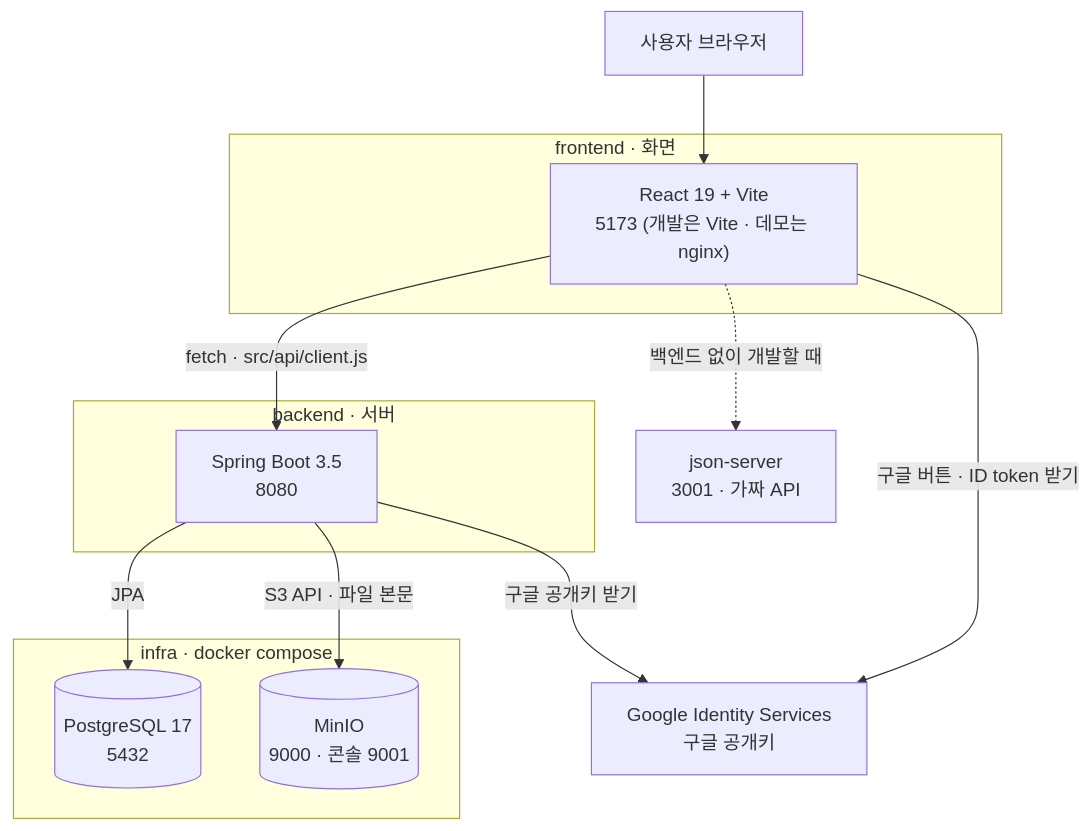
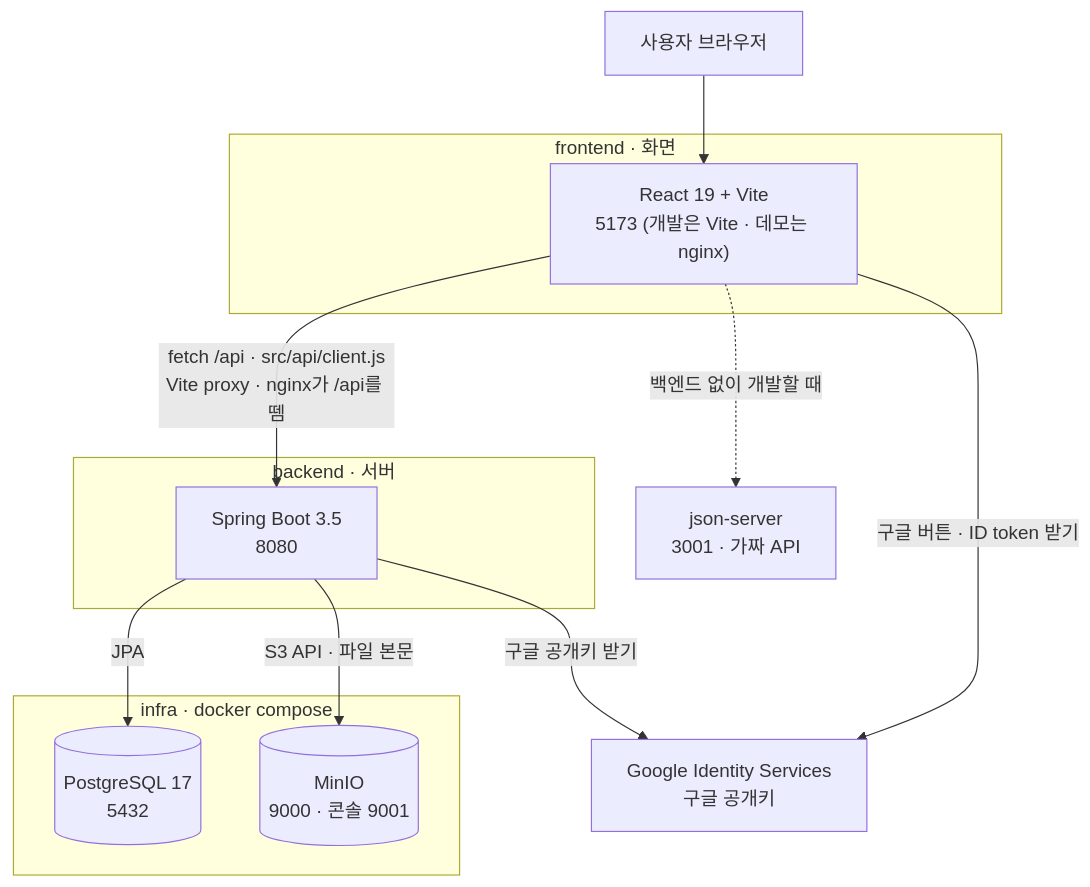
The first of 5 diagrams in docs/architecture.md (Pyrite9/footprint-demo), drawn with Mermaid before and after one commit. The commit also changed other lines of this file and 13 other files, not shown here.

Commit message:
feat: call backend through same-origin /api proxy

````diff
--- a/docs/architecture.md
+++ b/docs/architecture.md
@@ -13,28 +13,28 @@
 ```mermaid
 flowchart TB
     user["사용자 브라우저"]
 
     subgraph front["frontend · 화면"]
         react["React 19 + Vite<br/>5173 (개발은 Vite · 데모는 nginx)"]
     end
 
     subgraph back["backend · 서버"]
         boot["Spring Boot 3.5<br/>8080"]
     end
 
     subgraph infra["infra · docker compose"]
         db[("PostgreSQL 17<br/>5432")]
         minio[("MinIO<br/>9000 · 콘솔 9001")]
     end
 
     google["Google Identity Services<br/>구글 공개키"]
     mock["json-server<br/>3001 · 가짜 API"]
 
     user --> react
-    react -- "fetch · src/api/client.js" --> boot
+    react -- "fetch /api · src/api/client.js<br/>Vite proxy · nginx가 /api를 뗌" --> boot
     react -. "백엔드 없이 개발할 때" .-> mock
     react -- "구글 버튼 · ID token 받기" --> google
     boot -- "JPA" --> db
     boot -- "S3 API · 파일 본문" --> minio
     boot -- "구글 공개키 받기" --> google
 ```
````
